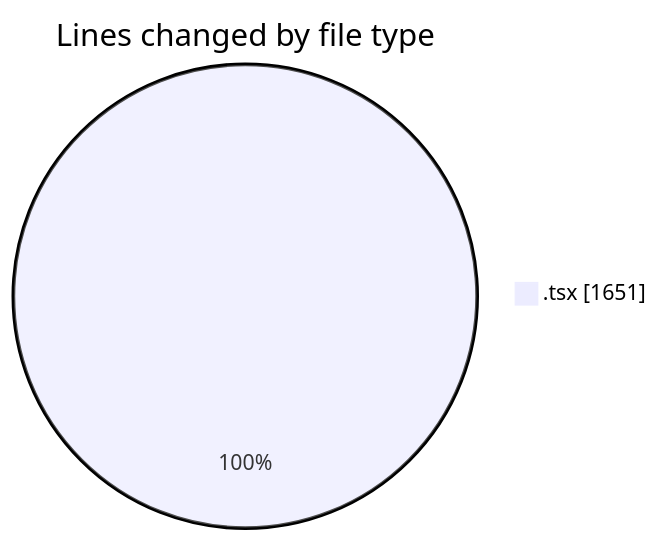
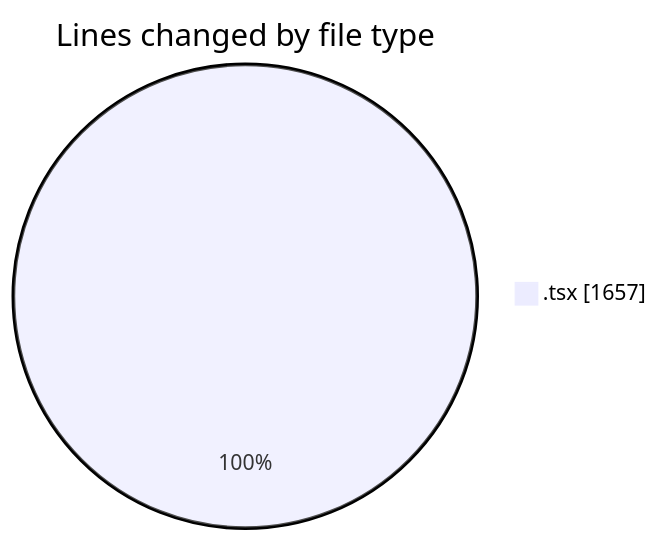
Before and after one commit to momahboobian/code-tracking: the first of 2 diagrams in 2025-10-03/cda/README.md, drawn with Mermaid. The commit also changed other lines of this file and 1 other file, not shown here.

````diff
--- a/2025-10-03/cda/README.md
+++ b/2025-10-03/cda/README.md
@@ -23,5 +23,5 @@
 ```mermaid
 pie showData
 title Lines changed by file type
-".tsx" : 1651
+".tsx" : 1657
 ```
````
